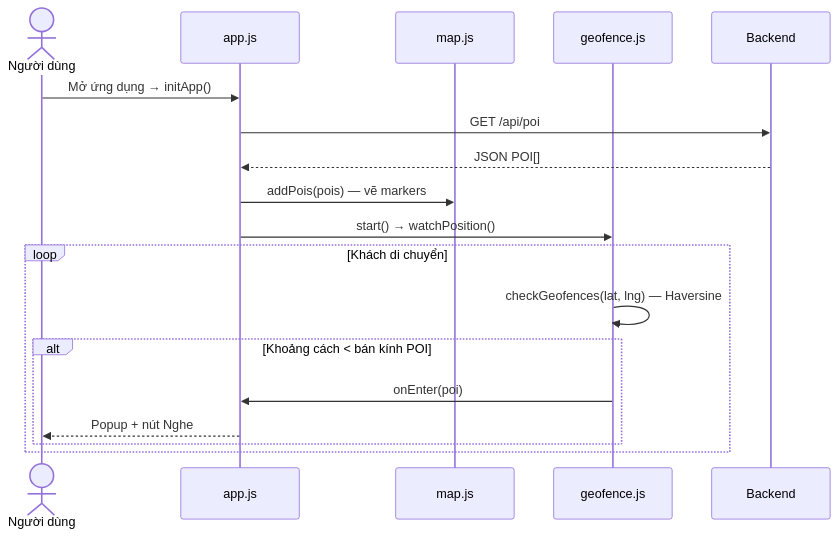
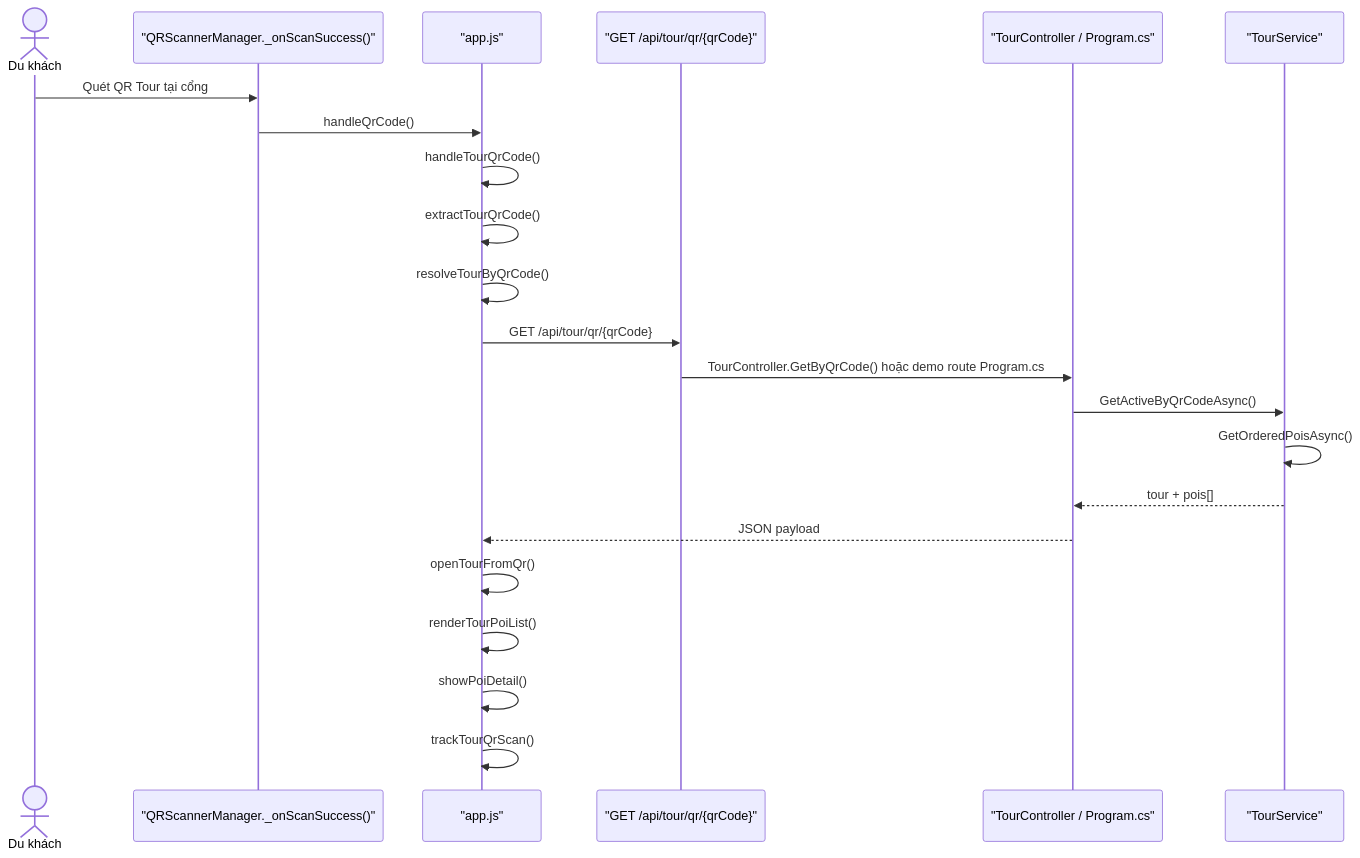
One commit to Hzyl/CShape changed the first of 6 diagrams in PRD_VinhKhanh_Final2.md. Above: the diagram before and after it, drawn with Mermaid. The commit also changed other lines of this file and 46 other files, not shown here.

````diff
--- a/PRD_VinhKhanh_Final2.md
+++ b/PRD_VinhKhanh_Final2.md
@@ -269,22 +255,25 @@
 ```mermaid
 sequenceDiagram
-    actor User as Người dùng
-    participant App as app.js
-    participant Map as map.js
-    participant Geo as geofence.js
-    participant API as Backend
+    actor User as Du khách
+    participant Scanner as "QRScannerManager._onScanSuccess()"
+    participant App as "app.js"
+    participant API as "GET /api/tour/qr/{qrCode}"
+    participant Backend as "TourController / Program.cs"
+    participant Service as "TourService"
 
-    User->>App: Mở ứng dụng → initApp()
-    App->>API: GET /api/poi
-    API-->>App: JSON POI[]
-    App->>Map: addPois(pois) — vẽ markers
-    App->>Geo: start() → watchPosition()
-
-    loop Khách di chuyển
-        Geo->>Geo: checkGeofences(lat, lng) — Haversine
-        alt Khoảng cách < bán kính POI
-            Geo->>App: onEnter(poi)
-            App-->>User: Popup + nút Nghe
-        end
-    end
+    User->>Scanner: Quét QR Tour tại cổng
+    Scanner->>App: handleQrCode()
+    App->>App: handleTourQrCode()
+    App->>App: extractTourQrCode()
+    App->>App: resolveTourByQrCode()
+    App->>API: GET /api/tour/qr/{qrCode}
+    API->>Backend: TourController.GetByQrCode() hoặc demo route Program.cs
+    Backend->>Service: GetActiveByQrCodeAsync()
+    Service->>Service: GetOrderedPoisAsync()
+    Service-->>Backend: tour + pois[]
+    Backend-->>App: JSON payload
+    App->>App: openTourFromQr()
+    App->>App: renderTourPoiList()
+    App->>App: showPoiDetail()
+    App->>App: trackTourQrScan()
 ```
````
